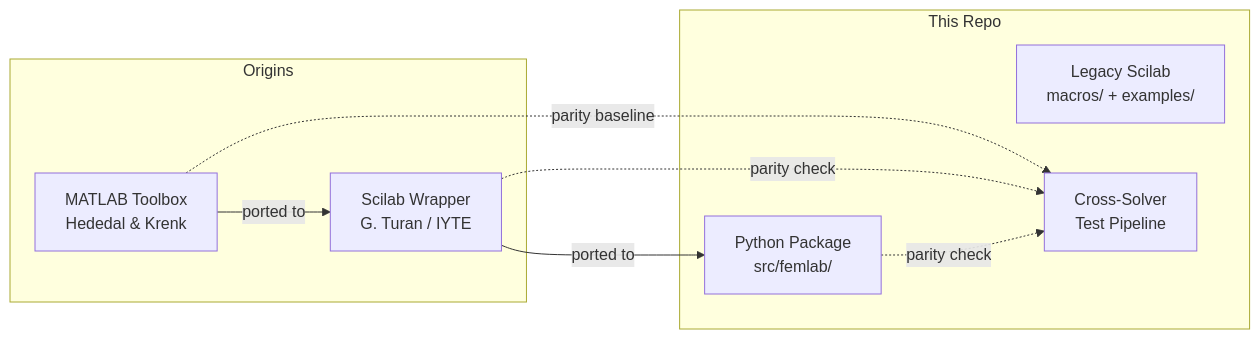
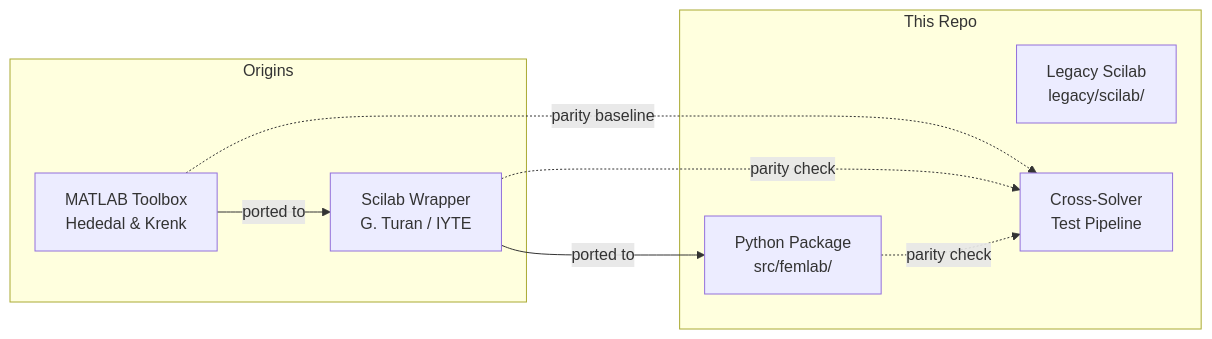
The first of 12 diagrams in README.md (adzetto/femlab-python), drawn with Mermaid before and after one commit. The commit also changed other lines of this file and 465 other files, not shown here.

````diff
--- a/README.md
+++ b/README.md
@@ -82,17 +82,17 @@
 ```mermaid
 graph LR
     subgraph Origins
         M[MATLAB Toolbox<br/>Hededal & Krenk]
         S[Scilab Wrapper<br/>G. Turan / IYTE]
     end
     subgraph This Repo
         P[Python Package<br/>src/femlab/]
-        L[Legacy Scilab<br/>macros/ + examples/]
+        L[Legacy Scilab<br/>legacy/scilab/]
         T[Cross-Solver<br/>Test Pipeline]
     end
     M -- "ported to" --> S
     S -- "ported to" --> P
     M -. "parity baseline" .-> T
     S -. "parity check" .-> T
     P -. "parity check" .-> T
 ```
````
